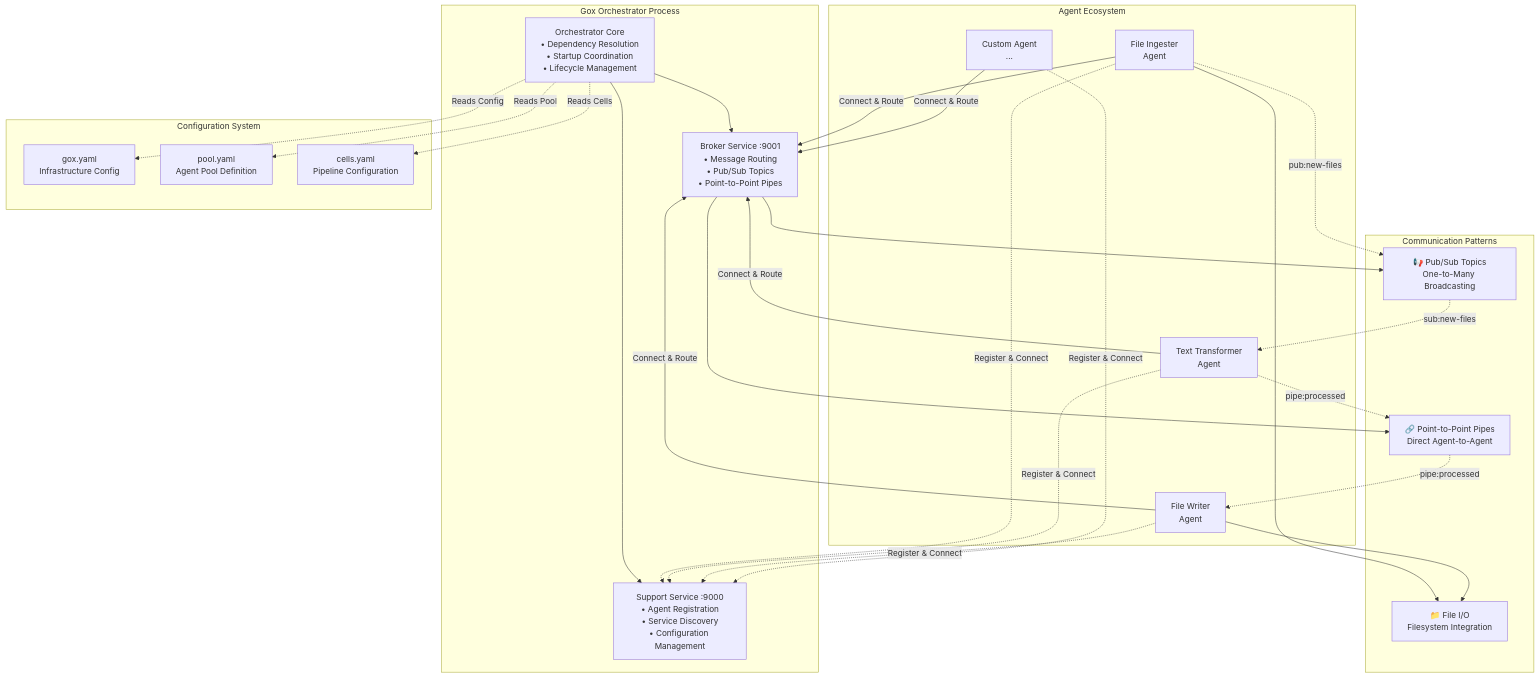
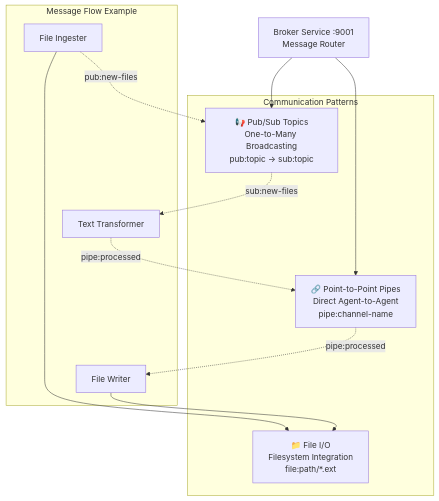
The fourth of 7 diagrams in README.md (tenzoki/gox), drawn with Mermaid before and after one commit. The commit also changed other lines of this file and 2 other files, not shown here.

````diff
--- a/README.md
+++ b/README.md
@@ -133,59 +172,26 @@
 ```mermaid
 graph TB
-    subgraph "Gox Orchestrator Process"
-        ORCH[Orchestrator Core<br/>• Dependency Resolution<br/>• Startup Coordination<br/>• Lifecycle Management]
-        SUPP[Support Service :9000<br/>• Agent Registration<br/>• Service Discovery<br/>• Configuration Management]
-        BROKER[Broker Service :9001<br/>• Message Routing<br/>• Pub/Sub Topics<br/>• Point-to-Point Pipes]
+    BROKER[Broker Service :9001<br/>Message Router]
+    
+    subgraph "Communication Patterns"
+        PUBSUB[📢 Pub/Sub Topics<br/>One-to-Many Broadcasting<br/>pub:topic → sub:topic]
+        PIPES[🔗 Point-to-Point Pipes<br/>Direct Agent-to-Agent<br/>pipe:channel-name]
+        FILES[📁 File I/O<br/>Filesystem Integration<br/>file:path/*.ext]
     end
     
-    subgraph "Agent Ecosystem"
-        A1[File Ingester<br/>Agent]
-        A2[Text Transformer<br/>Agent] 
-        A3[File Writer<br/>Agent]
-        A4[Custom Agent<br/>...]
+    subgraph "Message Flow Example"
+        A1[File Ingester] 
+        A2[Text Transformer]
+        A3[File Writer]
     end
     
-    subgraph "Configuration System"
-        GOXCONF[gox.yaml<br/>Infrastructure Config]
-        POOLCONF[pool.yaml<br/>Agent Pool Definition]
-        CELLCONF[cells.yaml<br/>Pipeline Configuration]
-    end
-    
-    subgraph "Communication Patterns"
-        PUBSUB[📢 Pub/Sub Topics<br/>One-to-Many Broadcasting]
-        PIPES[🔗 Point-to-Point Pipes<br/>Direct Agent-to-Agent]
-        FILES[📁 File I/O<br/>Filesystem Integration]
-    end
-    
-    %% Core connections
-    ORCH --> SUPP
-    ORCH --> BROKER
-    ORCH -.->|Reads Config| GOXCONF
-    ORCH -.->|Reads Pool| POOLCONF
-    ORCH -.->|Reads Cells| CELLCONF
-    
-    %% Agent registrations
-    A1 -.->|Register & Connect| SUPP
-    A2 -.->|Register & Connect| SUPP
-    A3 -.->|Register & Connect| SUPP
-    A4 -.->|Register & Connect| SUPP
-    
-    %% Agent communications
-    A1 -->|Connect & Route| BROKER
-    A2 -->|Connect & Route| BROKER
-    A3 -->|Connect & Route| BROKER
-    A4 -->|Connect & Route| BROKER
-    
-    %% Communication patterns
     BROKER --> PUBSUB
     BROKER --> PIPES
     A1 --> FILES
     A3 --> FILES
     
-    %% Data flow examples
     A1 -.->|pub:new-files| PUBSUB
     PUBSUB -.->|sub:new-files| A2
     A2 -.->|pipe:processed| PIPES
     PIPES -.->|pipe:processed| A3
-    
 ```
````
